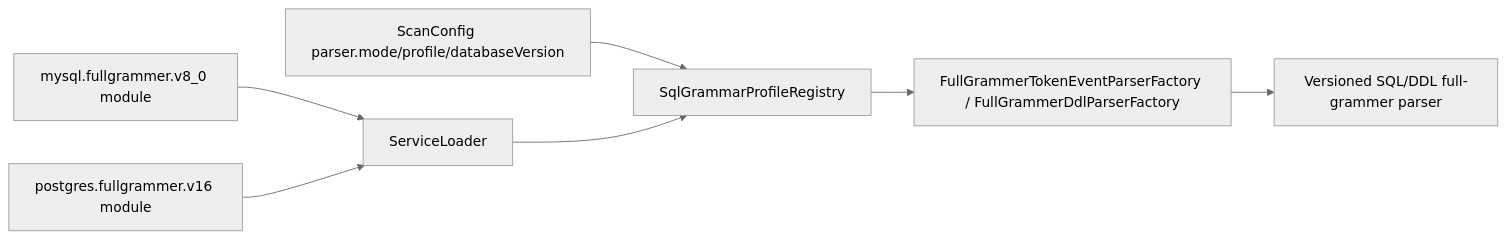
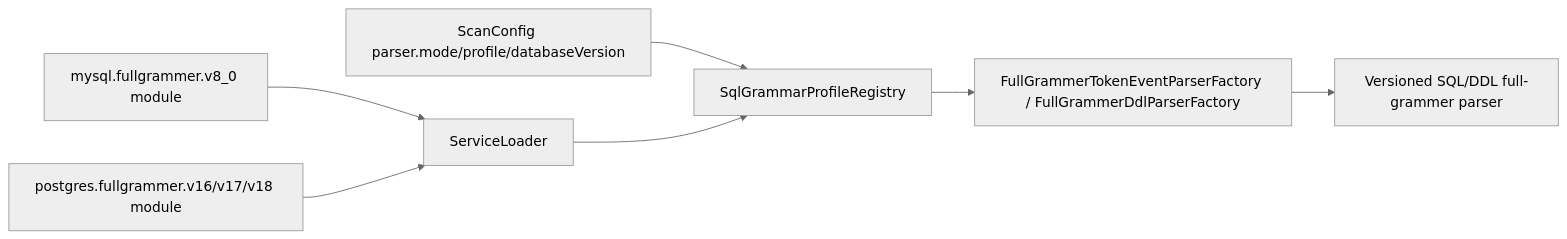
The sixth of 6 diagrams in docs/design/phase-06-parser-enhancement.md (xiaoguang/relation-detector), drawn with Mermaid (neutral theme) before and after one commit. The commit also changed other lines of this file and 510 other files, not shown here.

````diff
--- a/docs/design/phase-06-parser-enhancement.md
+++ b/docs/design/phase-06-parser-enhancement.md
@@ -361,17 +363,17 @@
 ```mermaid
 flowchart LR
   config["ScanConfig parser.mode/profile/databaseVersion"]
   registry["SqlGrammarProfileRegistry"]
   loader["ServiceLoader<FullGrammerDialectModule>"]
   mysql["mysql.fullgrammer.v8_0 module"]
-  pg["postgres.fullgrammer.v16 module"]
+  pg["postgres.fullgrammer.v16/v17/v18 module"]
   factory["FullGrammerTokenEventParserFactory / FullGrammerDdlParserFactory"]
   parser["Versioned SQL/DDL full-grammer parser"]
 
   config --> registry
   loader --> registry
   mysql --> loader
   pg --> loader
   registry --> factory
   factory --> parser
 ```
````
